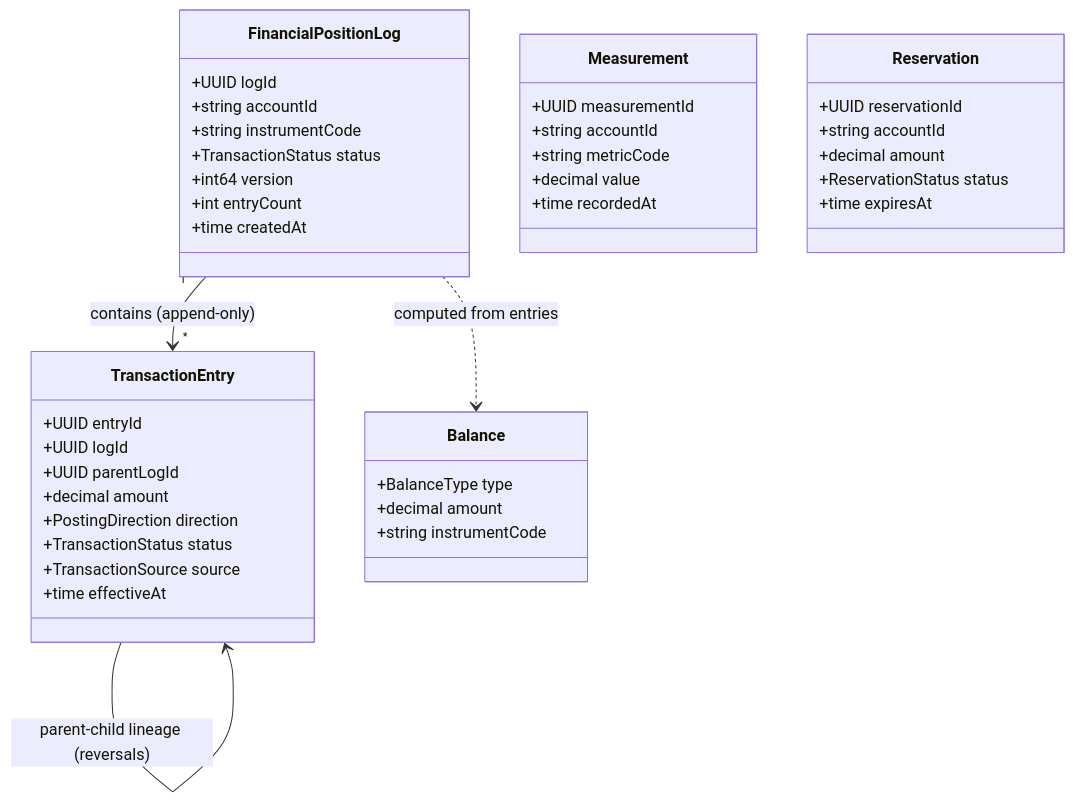
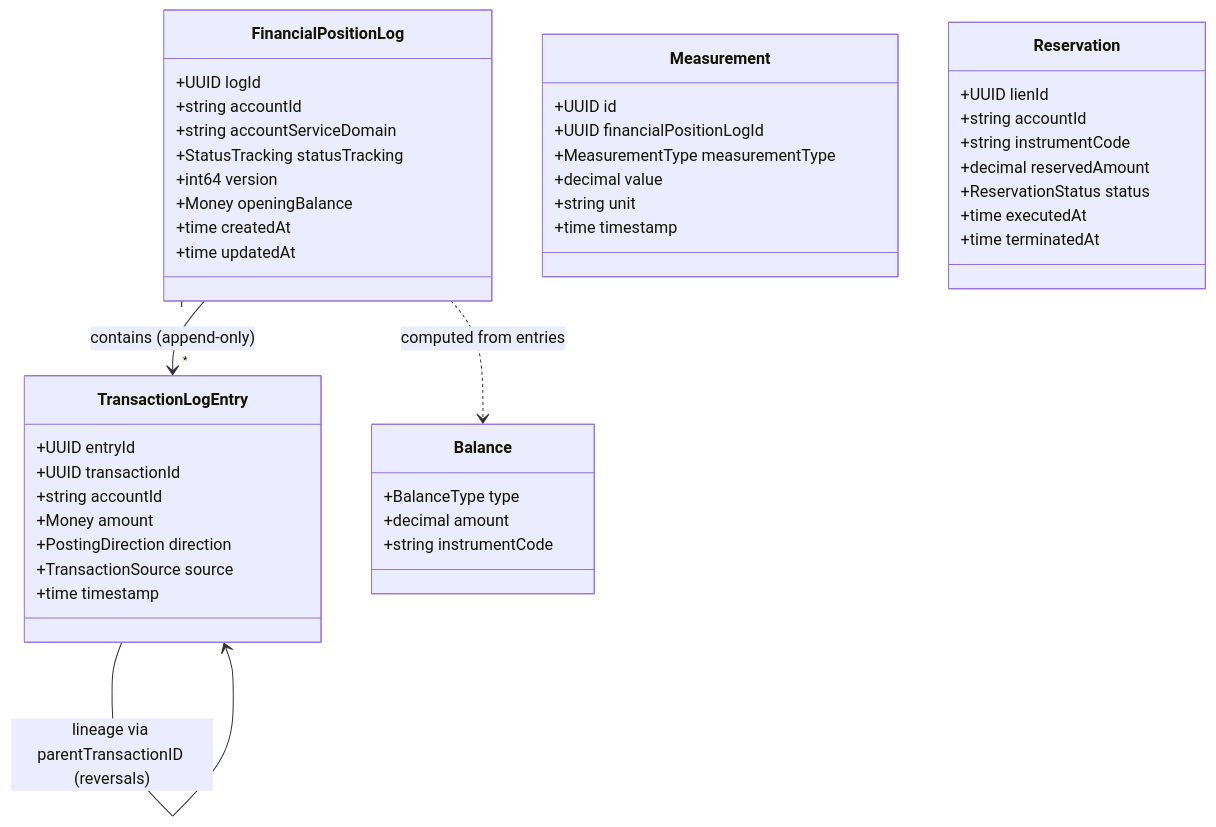
One commit to meridianhub/meridian changed the diagram in services/position-keeping/README.md. Above: the diagram before and after it, drawn with Mermaid. The commit also changed other lines of this file and 4 other files, not shown here.

First line of the commit message:
docs: Reconcile core ledger service READMEs against current code (assess-2026-06-04.4) (#2241)

````diff
--- a/services/position-keeping/README.md
+++ b/services/position-keeping/README.md
@@ -79,44 +81,47 @@
 ```mermaid
 classDiagram
     class FinancialPositionLog {
         +UUID logId
         +string accountId
-        +string instrumentCode
-        +TransactionStatus status
+        +string accountServiceDomain
+        +StatusTracking statusTracking
         +int64 version
-        +int entryCount
+        +Money openingBalance
         +time createdAt
+        +time updatedAt
     }
-    class TransactionEntry {
+    class TransactionLogEntry {
         +UUID entryId
-        +UUID logId
-        +UUID parentLogId
-        +decimal amount
+        +UUID transactionId
+        +string accountId
+        +Money amount
         +PostingDirection direction
-        +TransactionStatus status
         +TransactionSource source
-        +time effectiveAt
+        +time timestamp
     }
     class Balance {
         +BalanceType type
         +decimal amount
         +string instrumentCode
     }
     class Measurement {
-        +UUID measurementId
-        +string accountId
-        +string metricCode
+        +UUID id
+        +UUID financialPositionLogId
+        +MeasurementType measurementType
         +decimal value
-        +time recordedAt
+        +string unit
+        +time timestamp
     }
     class Reservation {
-        +UUID reservationId
+        +UUID lienId
         +string accountId
-        +decimal amount
+        +string instrumentCode
+        +decimal reservedAmount
         +ReservationStatus status
-        +time expiresAt
+        +time executedAt
+        +time terminatedAt
     }
-    FinancialPositionLog "1" --> "*" TransactionEntry : contains (append-only)
-    TransactionEntry --> TransactionEntry : parent-child lineage (reversals)
+    FinancialPositionLog "1" --> "*" TransactionLogEntry : contains (append-only)
+    TransactionLogEntry --> TransactionLogEntry : lineage via parentTransactionID (reversals)
     FinancialPositionLog ..> Balance : computed from entries
 ```
````
